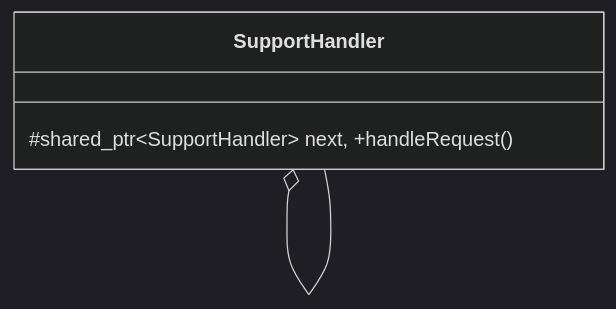
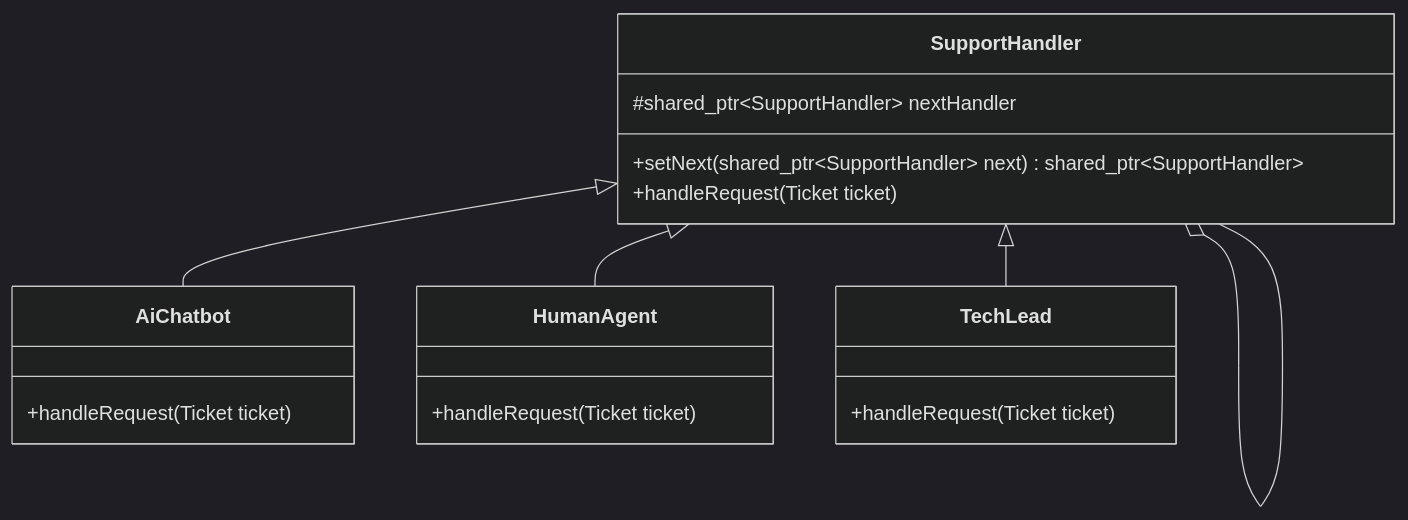
Before and after one commit to divyap271/systemDesign: diagram 16 of 22 in readme.md, drawn with Mermaid (dark theme). The commit also changed other lines of this file, not shown here.

````diff
--- a/readme.md
+++ b/readme.md
@@ -212,5 +422,16 @@
 ```mermaid
 classDiagram
-    class SupportHandler { #shared_ptr~SupportHandler~ next, +handleRequest() }
+    class SupportHandler {
+        #shared_ptr~SupportHandler~ nextHandler
+        +setNext(shared_ptr~SupportHandler~ next) shared_ptr~SupportHandler~
+        +handleRequest(Ticket ticket)
+    }
+    class AiChatbot { +handleRequest(Ticket ticket) }
+    class HumanAgent { +handleRequest(Ticket ticket) }
+    class TechLead { +handleRequest(Ticket ticket) }
+    
+    SupportHandler <|-- AiChatbot
+    SupportHandler <|-- HumanAgent
+    SupportHandler <|-- TechLead
     SupportHandler o-- SupportHandler
 ```
````
